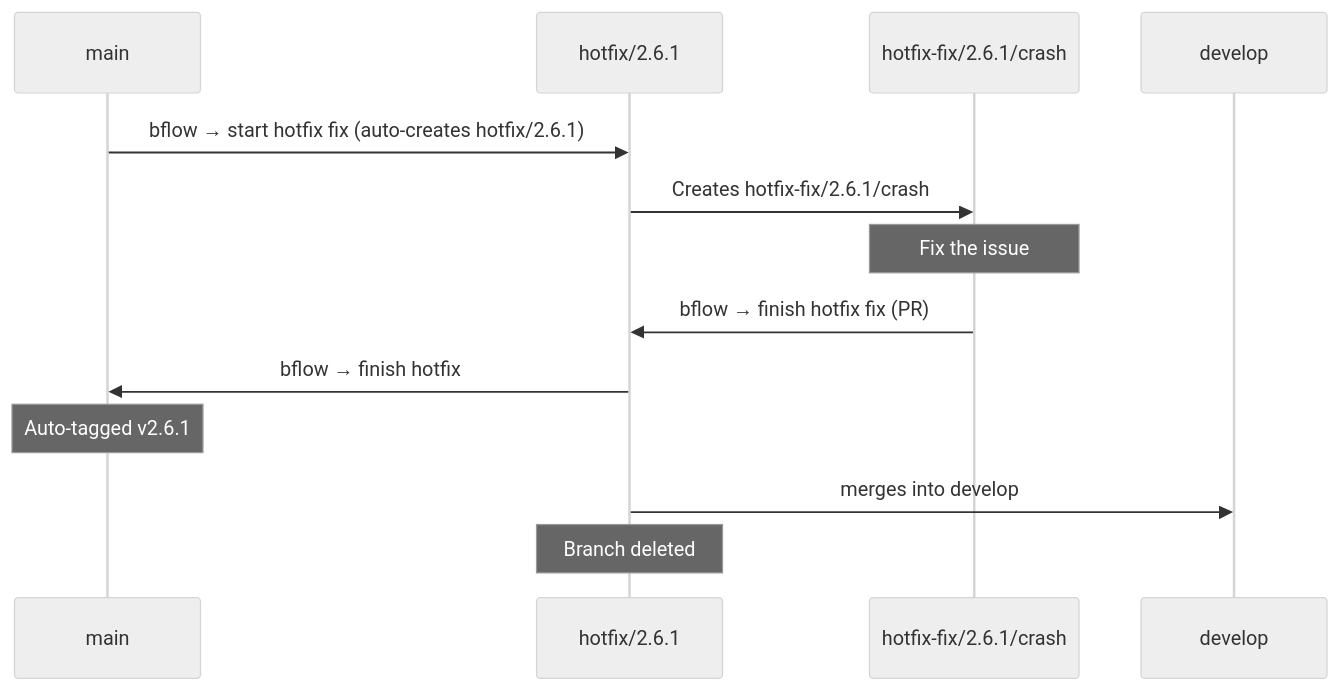
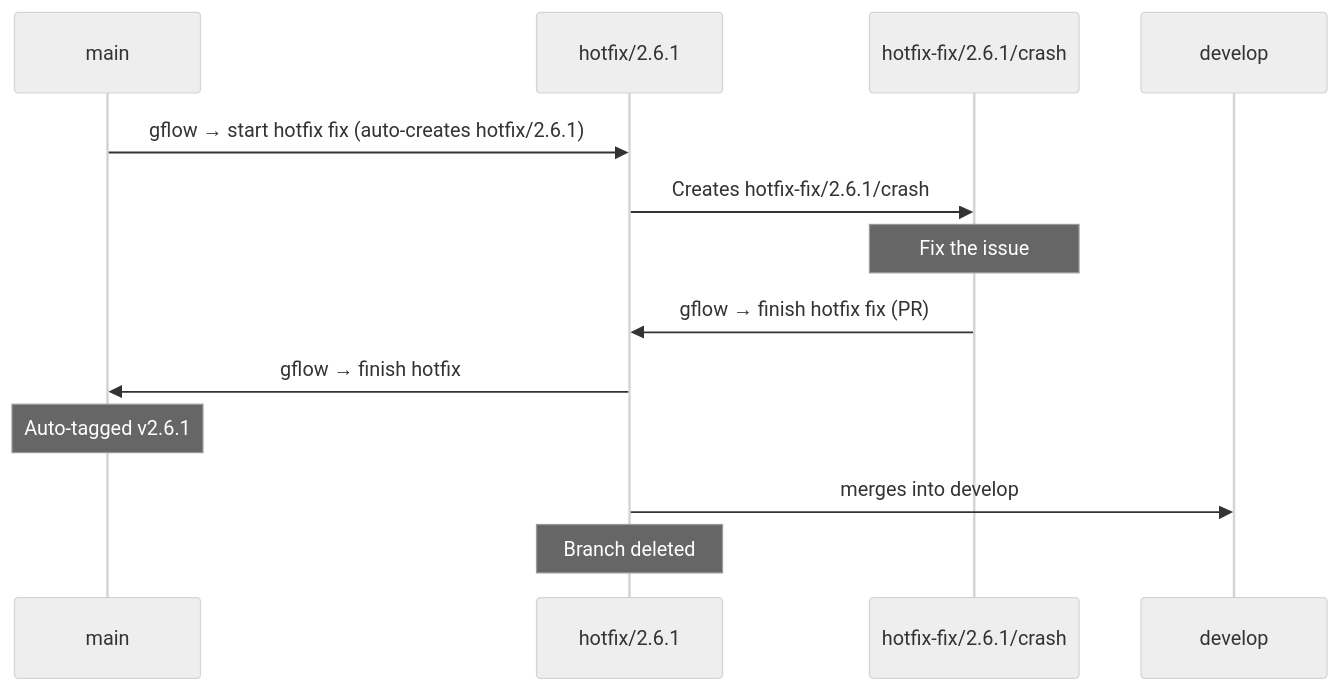
One commit to middelkampdev/gflow changed the fourth of 7 diagrams in README.md. Above: the diagram before and after it, drawn with Mermaid (neutral theme). The commit also changed other lines of this file and 55 other files, not shown here.

Commit message:
feat!: rebrand bflow to gflow under jopmiddelkamp/gflow

````diff
--- a/README.md
+++ b/README.md
@@ -523,16 +523,16 @@
 ```mermaid
 sequenceDiagram
     participant M as main
     participant H as hotfix/2.6.1
     participant HF as hotfix-fix/2.6.1/crash
     participant D as develop
 
-    M->>H: bflow → start hotfix fix (auto-creates hotfix/2.6.1)
+    M->>H: gflow → start hotfix fix (auto-creates hotfix/2.6.1)
     H->>HF: Creates hotfix-fix/2.6.1/crash
     Note over HF: Fix the issue
-    HF->>H: bflow → finish hotfix fix (PR)
-    H->>M: bflow → finish hotfix
+    HF->>H: gflow → finish hotfix fix (PR)
+    H->>M: gflow → finish hotfix
     Note over M: Auto-tagged v2.6.1
     H->>D: merges into develop
     Note over H: Branch deleted
 ```
````
